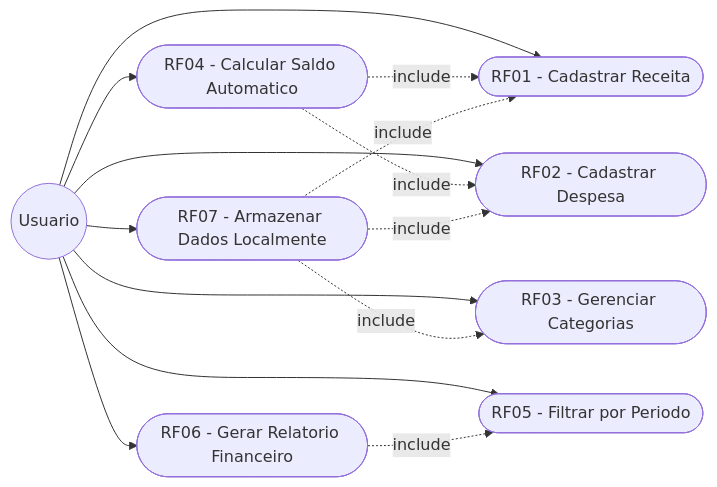
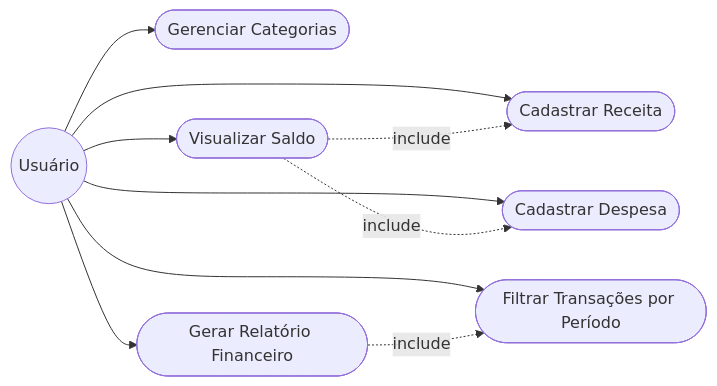
One commit to NEXA-project-br/NEXA changed the seventh of 7 diagrams in relacionamento/dcu.md. Above: the diagram before and after it, drawn with Mermaid. The commit also changed other lines of this file, not shown here.

Commit message:
Update use case descriptions and diagrams

````diff
--- a/relacionamento/dcu.md
+++ b/relacionamento/dcu.md
@@ -179,26 +124,22 @@
 ```mermaid
 graph LR
-  U((Usuario))
-  RF01([RF01 - Cadastrar Receita])
-  RF02([RF02 - Cadastrar Despesa])
-  RF03([RF03 - Gerenciar Categorias])
-  RF04([RF04 - Calcular Saldo Automatico])
-  RF05([RF05 - Filtrar por Periodo])
-  RF06([RF06 - Gerar Relatorio Financeiro])
-  RF07([RF07 - Armazenar Dados Localmente])
+  U((Usuário))
+
+  RF01([Cadastrar Receita])
+  RF02([Cadastrar Despesa])
+  RF03([Gerenciar Categorias])
+  RF04([Visualizar Saldo])
+  RF05([Filtrar Transações por Período])
+  RF06([Gerar Relatório Financeiro])
 
   U --> RF01
   U --> RF02
   U --> RF03
   U --> RF04
   U --> RF05
   U --> RF06
-  U --> RF07
 
   RF04 -.->|include| RF01
   RF04 -.->|include| RF02
   RF06 -.->|include| RF05
-  RF07 -.->|include| RF01
-  RF07 -.->|include| RF02
-  RF07 -.->|include| RF03
 ```
````
